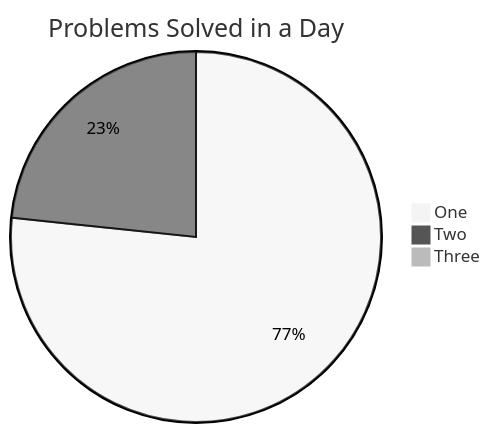
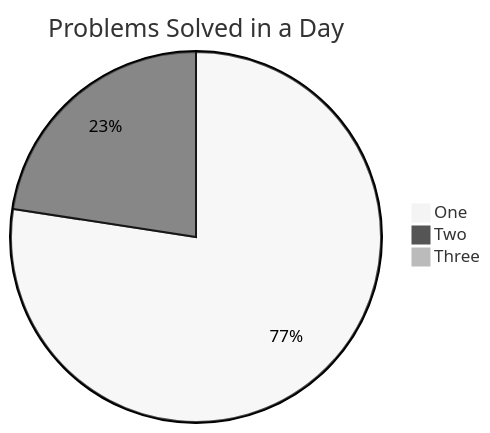
Before and after one commit to Jasjeet-Singh-S/100-days-DSA: the second of 2 diagrams in readme.md, drawn with Mermaid (neutral theme). The commit also changed other lines of this file and 2 other files, not shown here.

````diff
--- a/readme.md
+++ b/readme.md
@@ -25,6 +25,6 @@
 ```mermaid
 pie title Problems Solved in a Day
-    "One" : 23
+    "One" : 24
     "Two" : 7
     "Three" : 0
 ```
````
